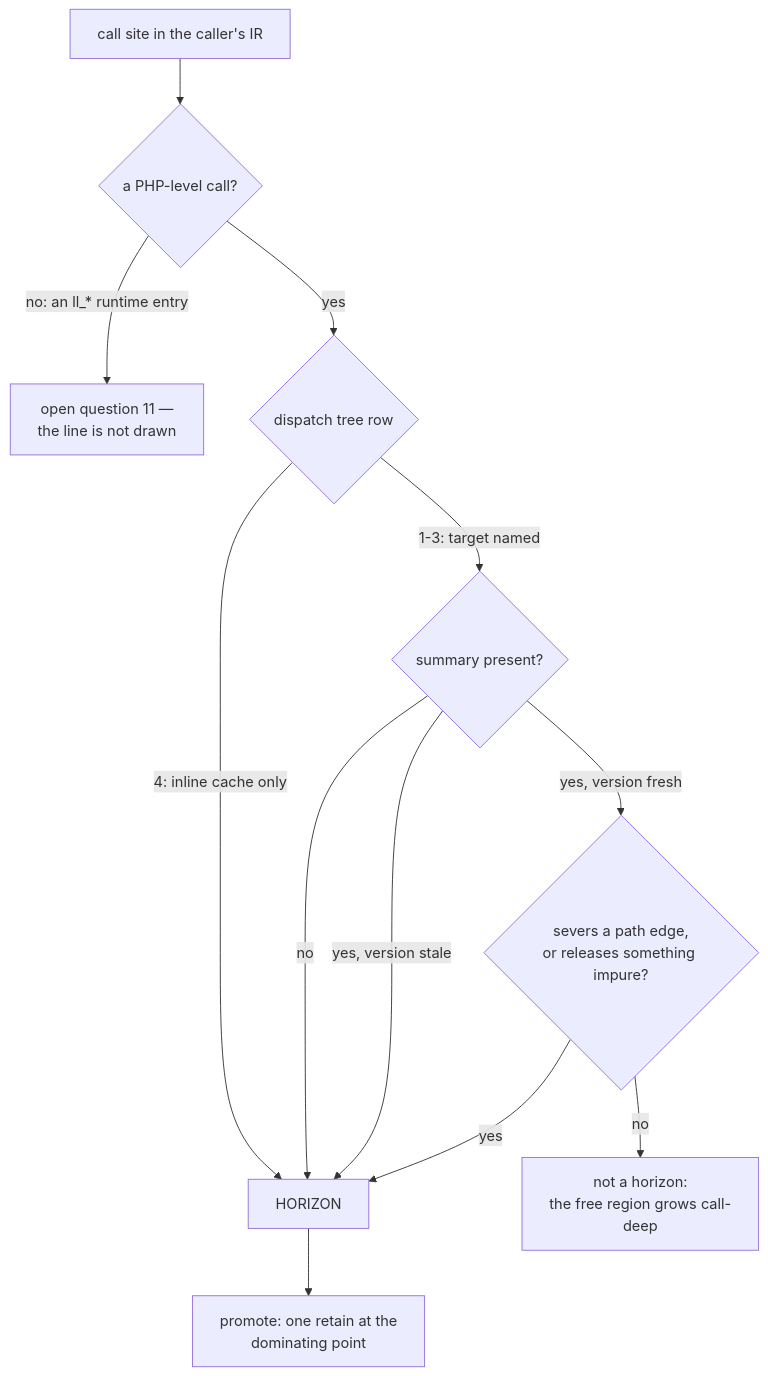
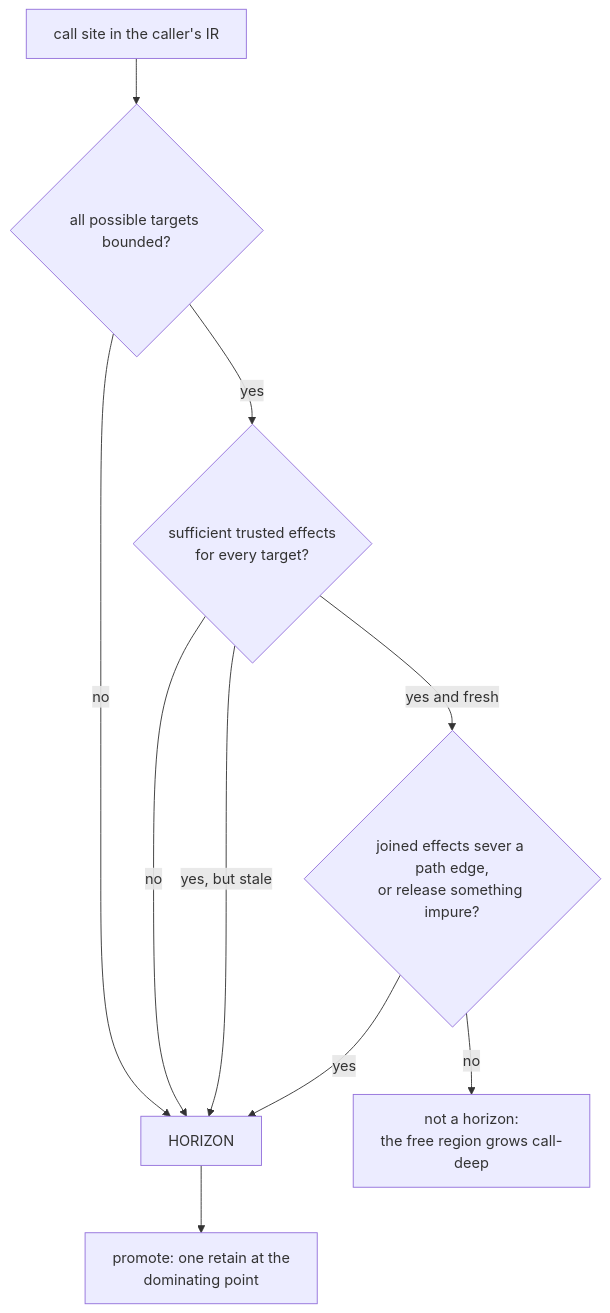
The diagram in model/gc/gc-horizon-cases/call.md (limelight-lang/rfc), drawn with Mermaid before and after one commit. The commit also changed other lines of this file and 2 other files, not shown here.

Commit message:
gc: define horizons by trusted call effects

````diff
--- a/model/gc/gc-horizon-cases/call.md
+++ b/model/gc/gc-horizon-cases/call.md
@@ -176,14 +188,12 @@
 ```mermaid
 flowchart TD
-    S["call site in the caller's IR"] --> R{"a PHP-level call?"}
-    R -->|"no: an ll_* runtime entry"| Q11["open question 11 —<br/>the line is not drawn"]
-    R -->|yes| D{"dispatch tree row"}
-    D -->|"1-3: target named"| SUM{"summary present?"}
-    D -->|"4: inline cache only"| HZ["HORIZON"]
+    S["call site in the caller's IR"] --> T{"all possible targets bounded?"}
+    T -->|no| HZ["HORIZON"]
+    T -->|yes| SUM{"sufficient trusted effects<br/>for every target?"}
     SUM -->|no| HZ
-    SUM -->|"yes, version stale"| HZ
-    SUM -->|"yes, version fresh"| CH{"severs a path edge,<br/>or releases something impure?"}
+    SUM -->|"yes, but stale"| HZ
+    SUM -->|"yes and fresh"| CH{"joined effects sever a path edge,<br/>or release something impure?"}
     CH -->|yes| HZ
     CH -->|no| FREE["not a horizon:<br/>the free region grows call-deep"]
     HZ --> PR["promote: one retain at the<br/>dominating point"]
 ```
````
